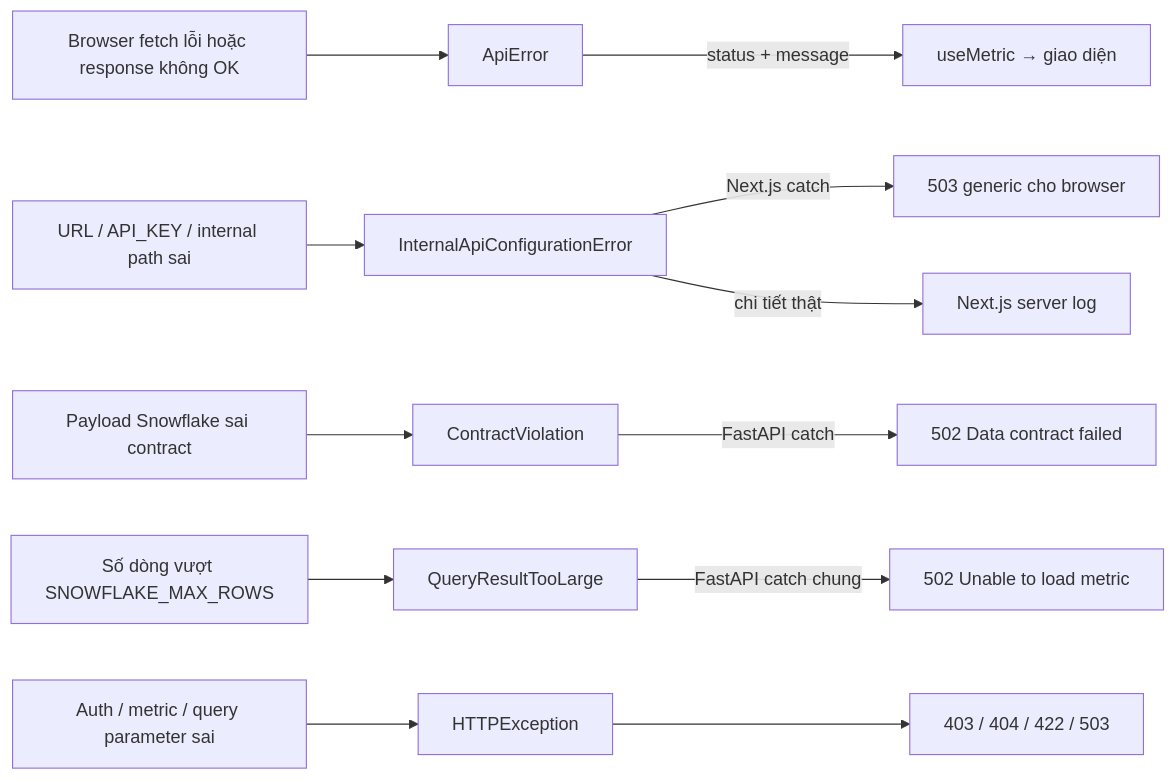
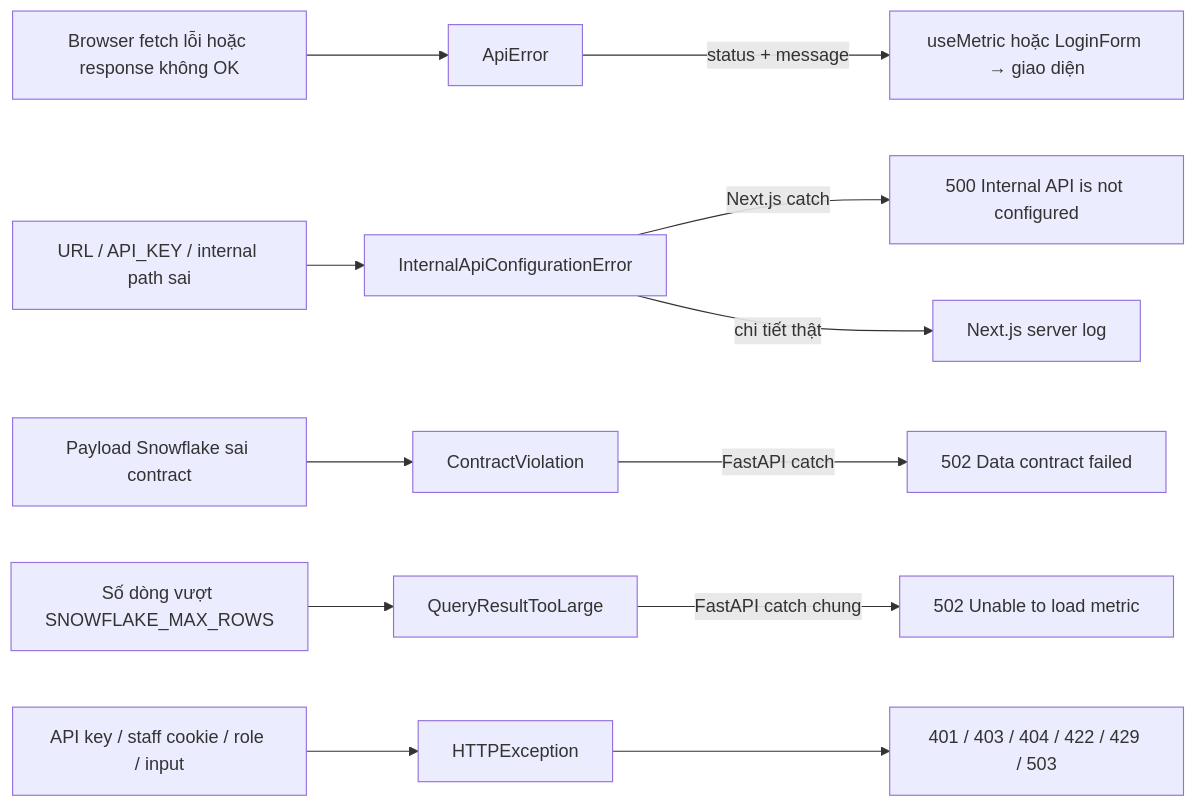
Before and after one commit to vothanhphu9x-pixel/superstore_ecommerce: the second of 4 diagrams in docs/frontend/error_tracing.md, drawn with Mermaid. The commit also changed other lines of this file and 64 other files, not shown here.

````diff
--- a/docs/frontend/error_tracing.md
+++ b/docs/frontend/error_tracing.md
@@ -24,18 +26,18 @@
 ```mermaid
 flowchart LR
     F1[Browser fetch lỗi hoặc response không OK] --> A[ApiError]
-    A -->|status + message| UI[useMetric → giao diện]
+    A -->|status + message| UI[useMetric hoặc LoginForm → giao diện]
 
     F2[URL / API_KEY / internal path sai] --> C[InternalApiConfigurationError]
-    C -->|Next.js catch| R503[503 generic cho browser]
+    C -->|Next.js catch| R500[500 Internal API is not configured]
     C -->|chi tiết thật| NL[Next.js server log]
 
     F3[Payload Snowflake sai contract] --> V[ContractViolation]
     V -->|FastAPI catch| R502A[502 Data contract failed]
 
     F4[Số dòng vượt SNOWFLAKE_MAX_ROWS] --> Q[QueryResultTooLarge]
     Q -->|FastAPI catch chung| R502B[502 Unable to load metric]
 
-    F5[Auth / metric / query parameter sai] --> H[HTTPException]
-    H --> RX[403 / 404 / 422 / 503]
+    F5[API key / staff cookie / role / input] --> H[HTTPException]
+    H --> RX[401 / 403 / 404 / 422 / 429 / 503]
 ```
````
